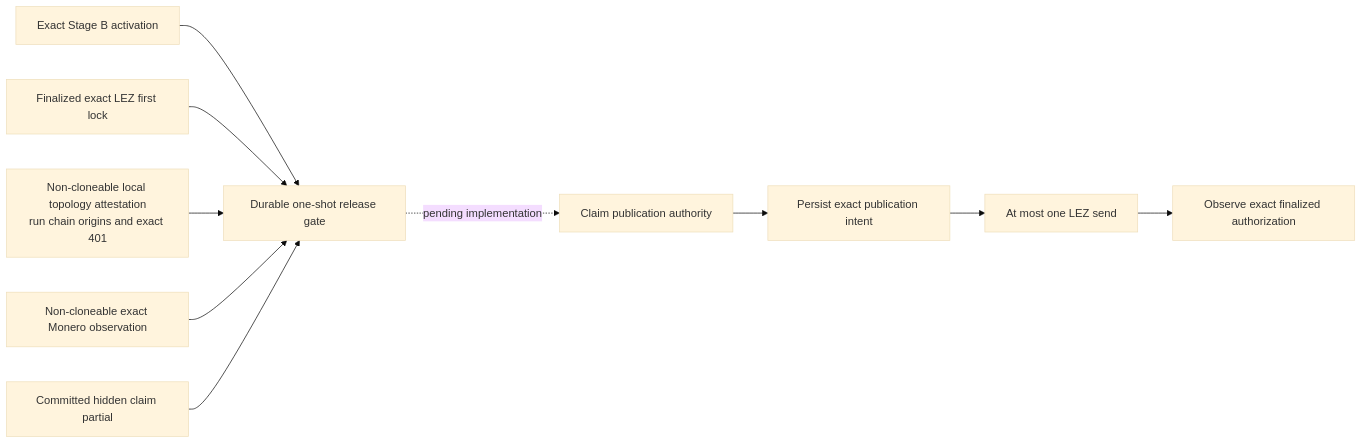
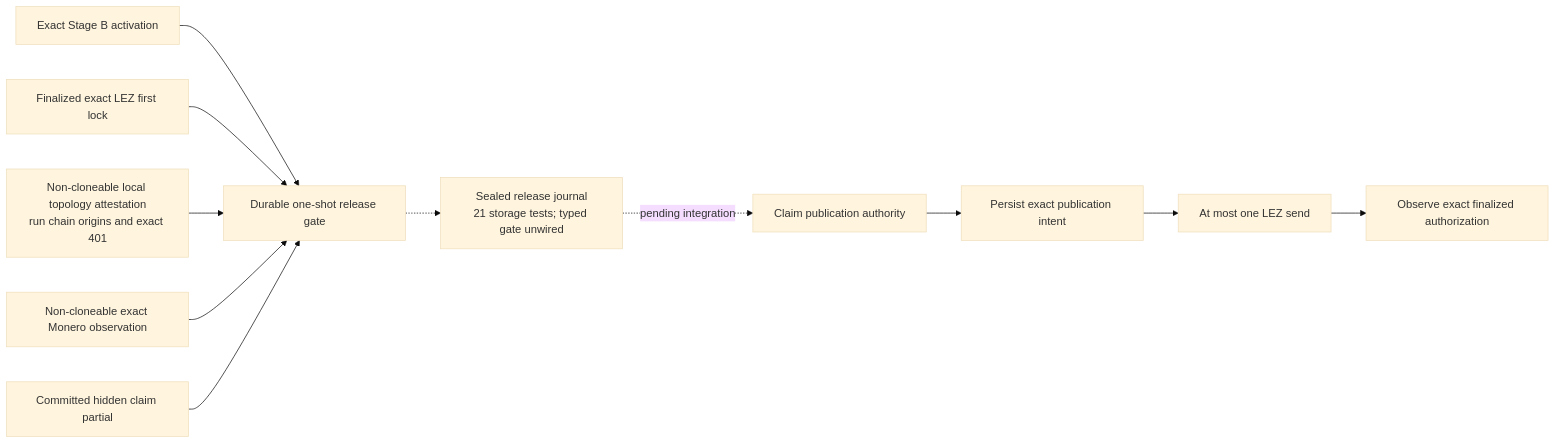
The first of 2 diagrams in docs/architecture/0059-separate-monero-observation-from-release-authority.md (gateway-fm/lez-atomic-swaps), drawn with Mermaid (base theme) before and after one commit. The commit also changed other lines of this file and 13 other files, not shown here.

Commit message:
feat(m4): seal XMR release journal

````diff
--- a/docs/architecture/0059-separate-monero-observation-from-release-authority.md
+++ b/docs/architecture/0059-separate-monero-observation-from-release-authority.md
@@ -88,12 +91,13 @@
 ```mermaid
 flowchart LR
     StageB["Exact Stage B activation"] --> Gate["Durable one-shot release gate"]
     LezLock["Finalized exact LEZ first lock"] --> Gate
     Topology["Non-cloneable local topology attestation<br/>run chain origins and exact 401"] --> Gate
     Observation["Non-cloneable exact Monero observation"] --> Gate
     Hidden["Committed hidden claim partial"] --> Gate
-    Gate -.->|"pending implementation"| Authority["Claim publication authority"]
+    Gate -.-> Store["Sealed release journal<br/>21 storage tests; typed gate unwired"]
+    Store -.->|"pending integration"| Authority["Claim publication authority"]
     Authority --> Intent["Persist exact publication intent"]
     Intent --> Send["At most one LEZ send"]
     Send --> Finalized["Observe exact finalized authorization"]
 ```
````
